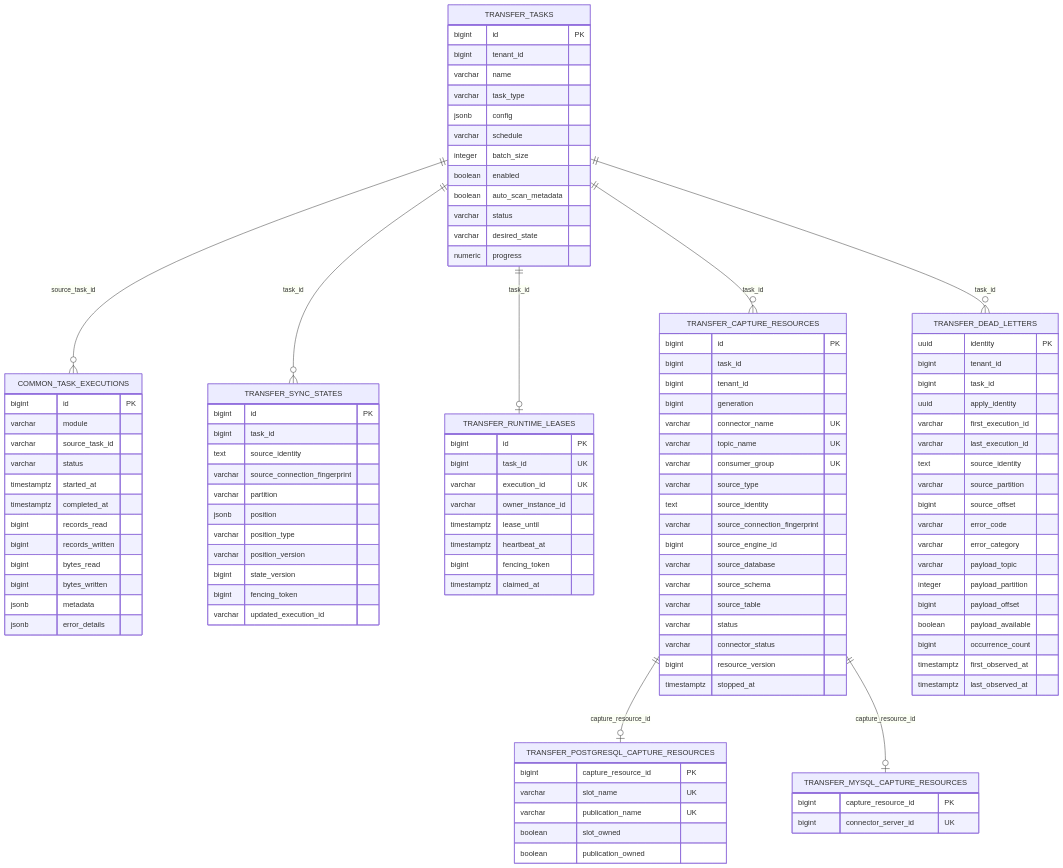
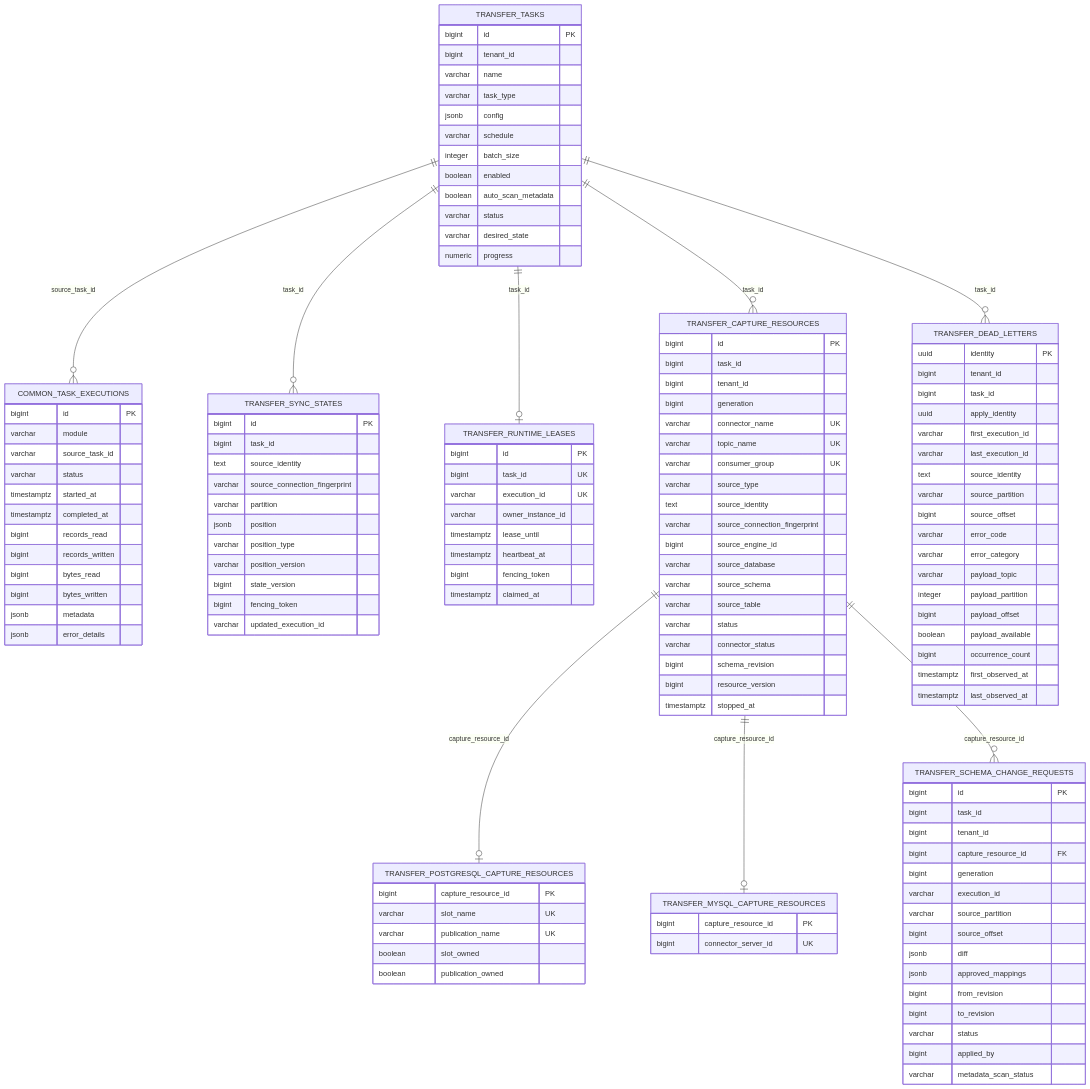
Before and after one commit to pampa0629/addp: the diagram in transfer/docs/数据库架构.md, drawn with Mermaid. The commit also changed other lines of this file and 72 other files, not shown here.

```diff
--- a/transfer/docs/数据库架构.md
+++ b/transfer/docs/数据库架构.md
@@ -29,6 +30,7 @@
     TRANSFER_TASKS ||--o{ TRANSFER_CAPTURE_RESOURCES : "task_id"
     TRANSFER_CAPTURE_RESOURCES ||--o| TRANSFER_POSTGRESQL_CAPTURE_RESOURCES : "capture_resource_id"
     TRANSFER_CAPTURE_RESOURCES ||--o| TRANSFER_MYSQL_CAPTURE_RESOURCES : "capture_resource_id"
+    TRANSFER_CAPTURE_RESOURCES ||--o{ TRANSFER_SCHEMA_CHANGE_REQUESTS : "capture_resource_id"
     TRANSFER_TASKS ||--o{ TRANSFER_DEAD_LETTERS : "task_id"
     TRANSFER_TASKS {
         bigint id PK
@@ -98,6 +100,7 @@
         varchar source_table
         varchar status
         varchar connector_status
+        bigint schema_revision
         bigint resource_version
         timestamptz stopped_at
     }
@@ -111,6 +114,23 @@
     TRANSFER_MYSQL_CAPTURE_RESOURCES {
         bigint capture_resource_id PK
         bigint connector_server_id UK
+    }
+    TRANSFER_SCHEMA_CHANGE_REQUESTS {
+        bigint id PK
+        bigint task_id
+        bigint tenant_id
+        bigint capture_resource_id FK
+        bigint generation
+        varchar execution_id
+        varchar source_partition
+        bigint source_offset
+        jsonb diff
+        jsonb approved_mappings
+        bigint from_revision
+        bigint to_revision
+        varchar status
+        bigint applied_by
+        varchar metadata_scan_status
     }
     TRANSFER_DEAD_LETTERS {
         uuid identity PK
```
